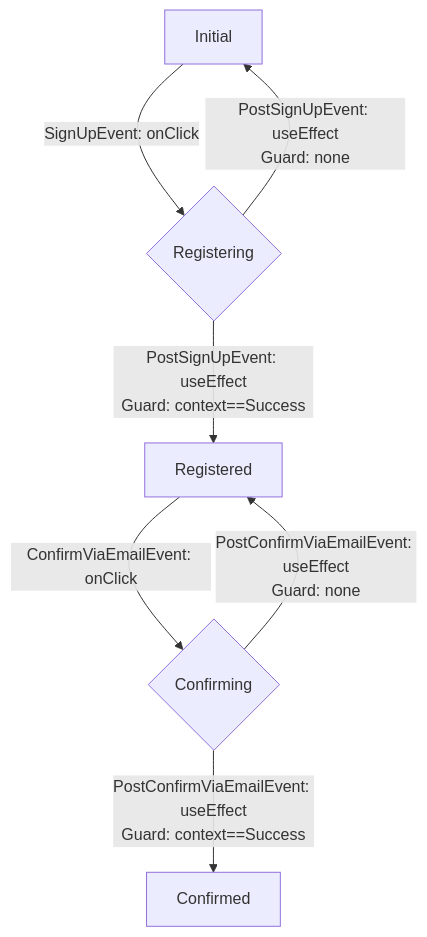
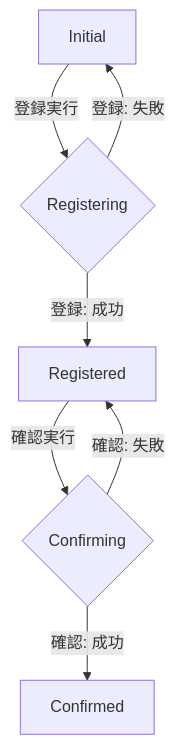
One commit to gsy0911/zenn-contents changed the first of 4 diagrams in articles/6589c490671ed3.md. Above: the diagram before and after it, drawn with Mermaid. The commit also changed other lines of this file and 4 other files, not shown here.

````diff
--- a/articles/6589c490671ed3.md
+++ b/articles/6589c490671ed3.md
@@ -66,14 +74,14 @@
 ```mermaid
 graph TB
   S1[Initial]
   C1{Registering}
   S2[Registered]
   C2{Confirming}
   S3[Confirmed]
-  S1 -->|SignUpEvent: onClick| C1
-  C1 -->|PostSignUpEvent: useEffect\nGuard: context==Success| S2
-  C1 -->|PostSignUpEvent: useEffect\nGuard: none| S1
-  S2 -->|ConfirmViaEmailEvent: onClick| C2
-  C2 -->|PostConfirmViaEmailEvent: useEffect\nGuard: context==Success| S3
-  C2 -->|PostConfirmViaEmailEvent: useEffect\nGuard: none| S2
+  S1 -->|登録実行| C1
+  C1 -->|登録: 成功| S2
+  C1 -->|登録: 失敗| S1
+  S2 -->|確認実行| C2
+  C2 -->|確認: 成功| S3
+  C2 -->|確認: 失敗| S2
 ```
````
